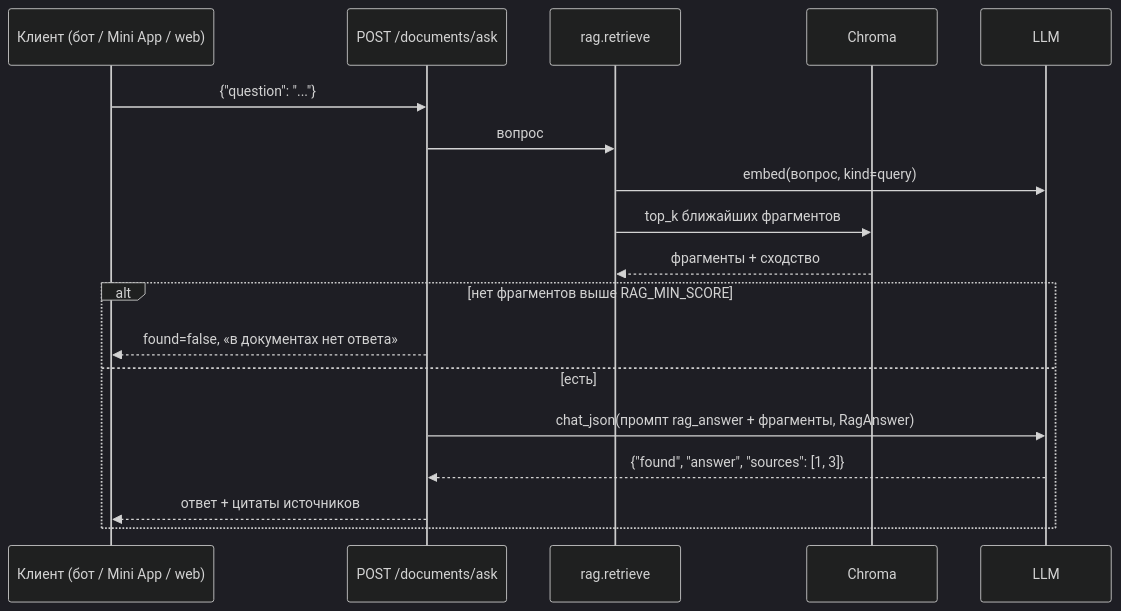
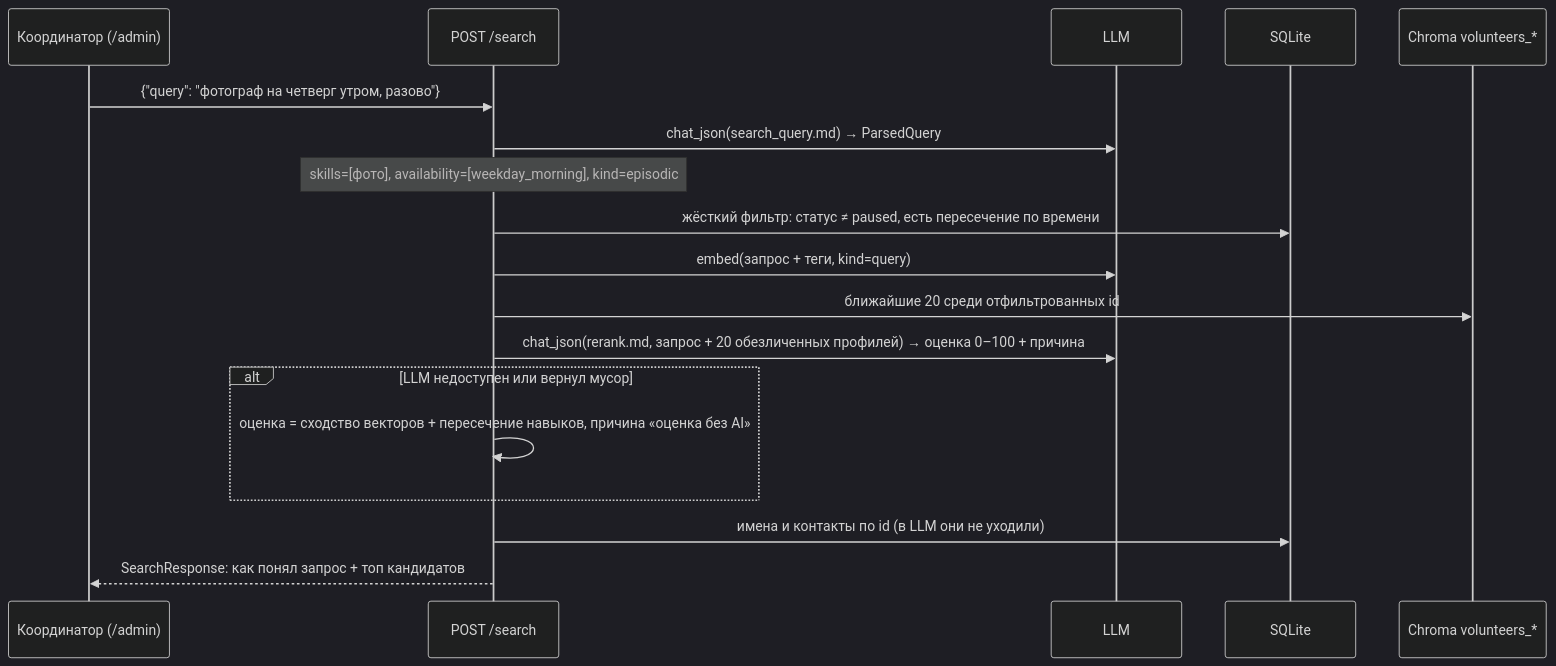
One commit to fry-alt/kod-so-smyslom-2 changed the second of 2 diagrams in docs/ARCHITECTURE.md. Above: the diagram before and after it, drawn with Mermaid (dark theme). The commit also changed other lines of this file and 12 other files, not shown here.

````diff
--- a/docs/ARCHITECTURE.md
+++ b/docs/ARCHITECTURE.md
@@ -39,20 +46,20 @@
 ```mermaid
 sequenceDiagram
-    participant C as Клиент (бот / Mini App / web)
-    participant A as POST /documents/ask
-    participant R as rag.retrieve
-    participant V as Chroma
+    participant K as Координатор (/admin)
+    participant S as POST /search
     participant L as LLM
-    C->>A: {"question": "..."}
-    A->>R: вопрос
-    R->>L: embed(вопрос, kind=query)
-    R->>V: top_k ближайших фрагментов
-    V-->>R: фрагменты + сходство
-    alt нет фрагментов выше RAG_MIN_SCORE
-        A-->>C: found=false, «в документах нет ответа»
-    else есть
-        A->>L: chat_json(промпт rag_answer + фрагменты, RagAnswer)
-        L-->>A: {"found", "answer", "sources": [1, 3]}
-        A-->>C: ответ + цитаты источников
+    participant DB as SQLite
+    participant I as Chroma volunteers_*
+    K->>S: {"query": "фотограф на четверг утром, разово"}
+    S->>L: chat_json(search_query.md) → ParsedQuery
+    Note over S: skills=[фото], availability=[weekday_morning], kind=episodic
+    S->>DB: жёсткий фильтр: статус ≠ paused, есть пересечение по времени
+    S->>L: embed(запрос + теги, kind=query)
+    S->>I: ближайшие 20 среди отфильтрованных id
+    S->>L: chat_json(rerank.md, запрос + 20 обезличенных профилей) → оценка 0–100 + причина
+    alt LLM недоступен или вернул мусор
+        S->>S: оценка = сходство векторов + пересечение навыков, причина «оценка без AI»
     end
+    S->>DB: имена и контакты по id (в LLM они не уходили)
+    S-->>K: SearchResponse: как понял запрос + топ кандидатов
 ```
````
